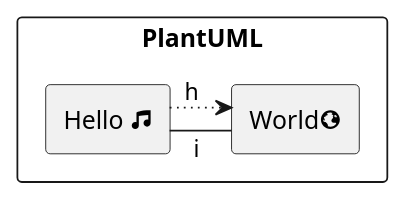
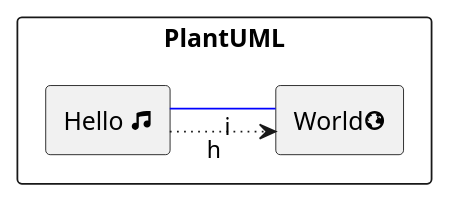
One commit to jchprj/learn-scripts changed the diagram in plantuml/HelloWorld.wsd. Above: the diagram before and after it, drawn with PlantUML. The commit also changed other lines of this file, not shown here.

Commit message:
PlantUML sample

```diff
--- a/plantuml/HelloWorld.wsd
+++ b/plantuml/HelloWorld.wsd
@@ -1,14 +4,15 @@
 @startuml HelloWorld
 
 skinparam linetype ortho
+left to right direction
 
 rectangle "PlantUML" {
     rectangle hello  [
         Hello <size:16><&musical-note></size>
     ]
     rectangle "World<size:16><&globe></size>" as world
     hello ~r~> world: h
-    hello -r- world: i
+    hello -[#blue]- world: i
 }
 
 @enduml
```
